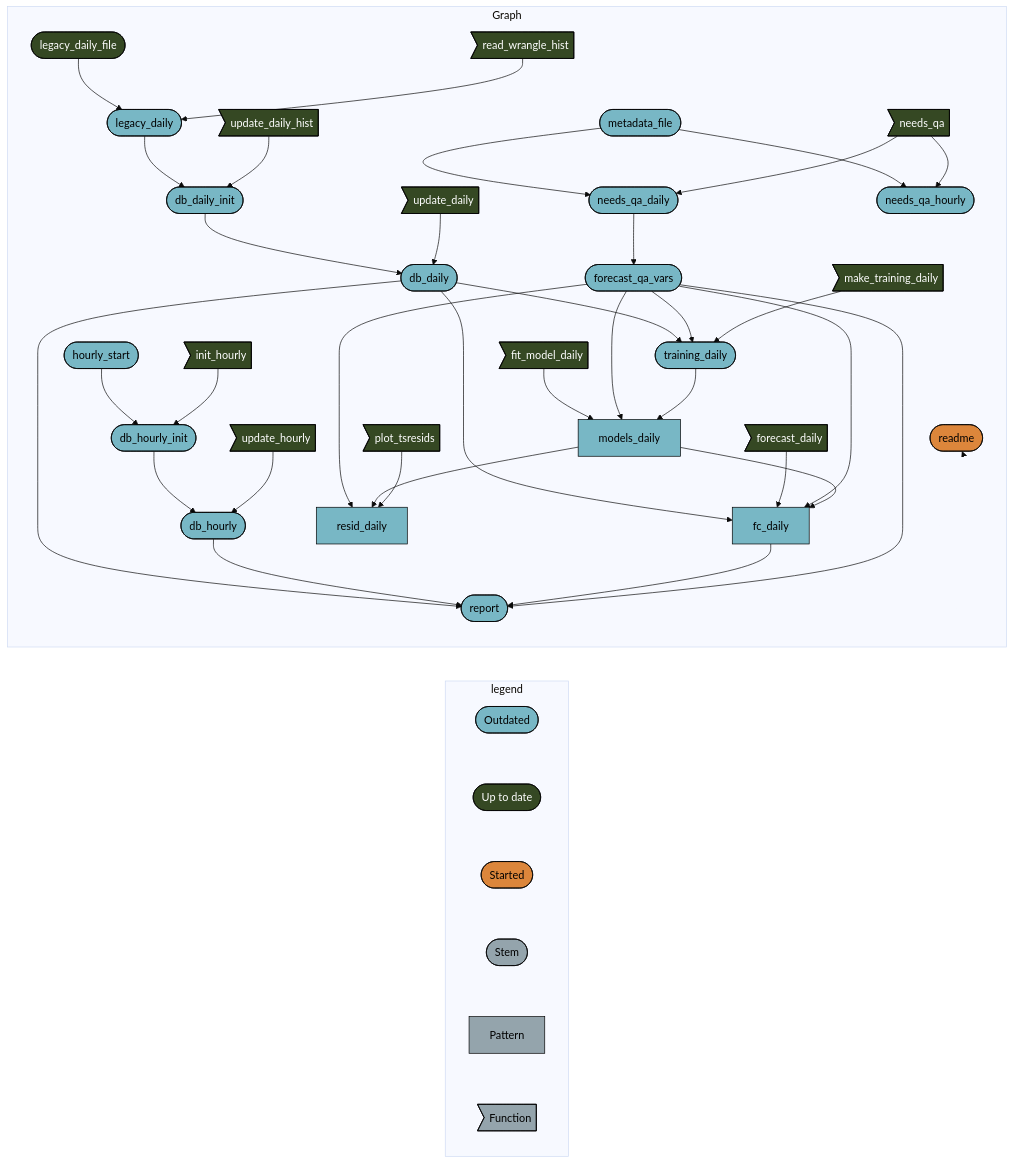
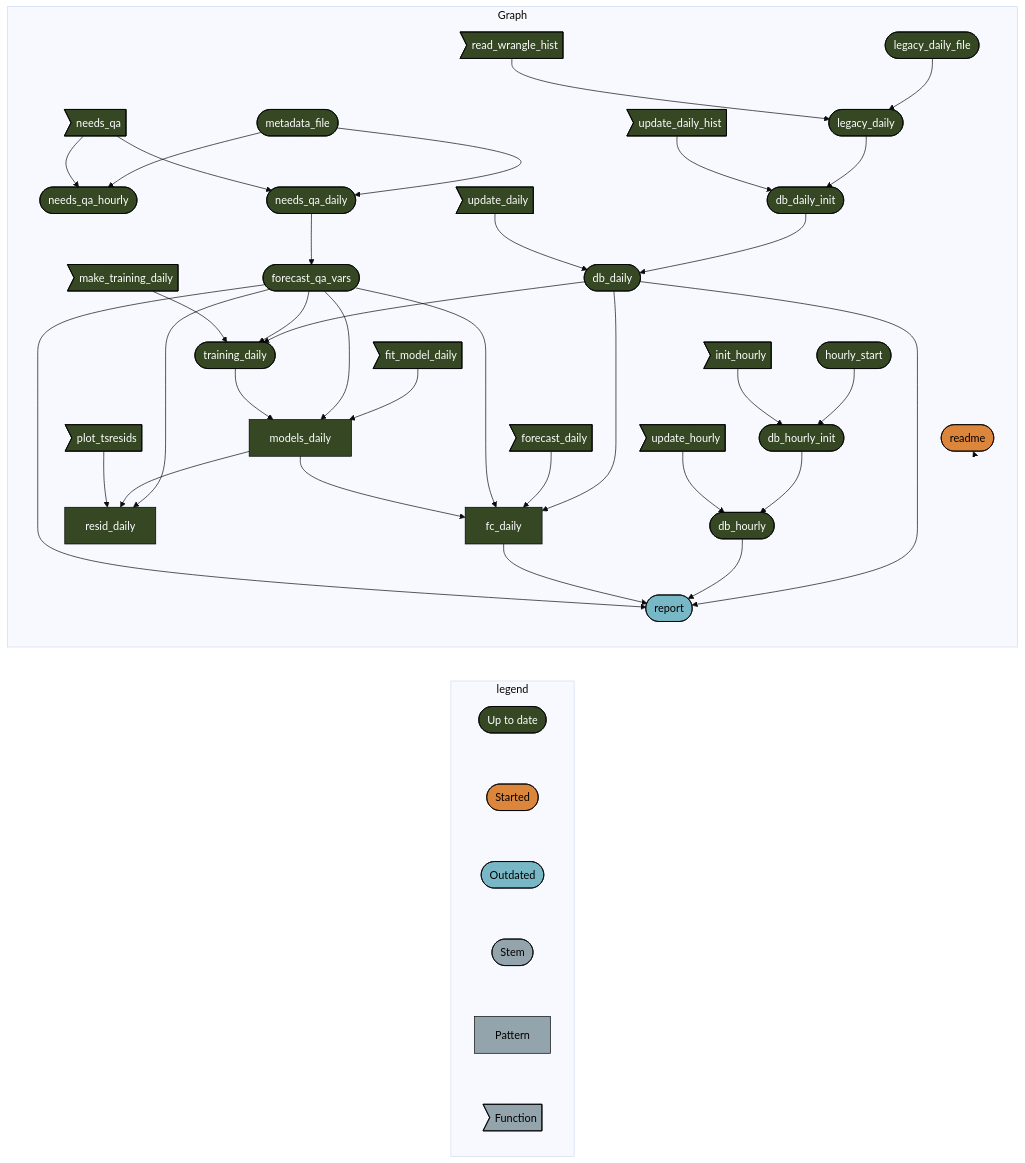
Before and after one commit to uace-azmet/azmet-forecast-qa: the diagram in README.md, drawn with Mermaid (base theme). The commit also changed other lines of this file and 9 other files, not shown here.

````diff
--- a/README.md
+++ b/README.md
@@ -31,55 +31,55 @@
 ``` mermaid
 graph LR
   subgraph legend
-    x0a52b03877696646([""Outdated""]):::outdated --- x7420bd9270f8d27d([""Up to date""]):::uptodate
     x7420bd9270f8d27d([""Up to date""]):::uptodate --- x5b3426b4c7fa7dbc([""Started""]):::started
-    x5b3426b4c7fa7dbc([""Started""]):::started --- xbf4603d6c2c2ad6b([""Stem""]):::none
+    x5b3426b4c7fa7dbc([""Started""]):::started --- x0a52b03877696646([""Outdated""]):::outdated
+    x0a52b03877696646([""Outdated""]):::outdated --- xbf4603d6c2c2ad6b([""Stem""]):::none
     xbf4603d6c2c2ad6b([""Stem""]):::none --- x70a5fa6bea6f298d[""Pattern""]:::none
     x70a5fa6bea6f298d[""Pattern""]:::none --- xf0bce276fe2b9d3e>""Function""]:::none
   end
   subgraph Graph
-    xff9b736edef41c8b(["legacy_daily"]):::outdated --> x1cab041545db0886(["db_daily_init"]):::outdated
-    x8b3096a190996662>"update_daily_hist"]:::uptodate --> x1cab041545db0886(["db_daily_init"]):::outdated
-    x44bd6feeb3fb18b4(["db_daily"]):::outdated --> xe0fba61fbc506510(["report"]):::outdated
-    xf4a7af7aeef4f182(["db_hourly"]):::outdated --> xe0fba61fbc506510(["report"]):::outdated
-    xdd96ec4b0bb5ab6b["fc_daily"]:::outdated --> xe0fba61fbc506510(["report"]):::outdated
-    x601d3b0e7d261371(["forecast_qa_vars"]):::outdated --> xe0fba61fbc506510(["report"]):::outdated
-    x44bd6feeb3fb18b4(["db_daily"]):::outdated --> xdd96ec4b0bb5ab6b["fc_daily"]:::outdated
-    x4bc7352f98499683>"forecast_daily"]:::uptodate --> xdd96ec4b0bb5ab6b["fc_daily"]:::outdated
-    x601d3b0e7d261371(["forecast_qa_vars"]):::outdated --> xdd96ec4b0bb5ab6b["fc_daily"]:::outdated
-    x4d3c4dcfeadc796d["models_daily"]:::outdated --> xdd96ec4b0bb5ab6b["fc_daily"]:::outdated
-    x1f5572089e80d919>"fit_model_daily"]:::uptodate --> x4d3c4dcfeadc796d["models_daily"]:::outdated
-    x601d3b0e7d261371(["forecast_qa_vars"]):::outdated --> x4d3c4dcfeadc796d["models_daily"]:::outdated
-    x2c1f6f5234e92642(["training_daily"]):::outdated --> x4d3c4dcfeadc796d["models_daily"]:::outdated
-    xd1a6dd314cda4831(["hourly_start"]):::outdated --> xba07353683c5dbf8(["db_hourly_init"]):::outdated
-    x7a5743c959c496f9>"init_hourly"]:::uptodate --> xba07353683c5dbf8(["db_hourly_init"]):::outdated
-    x1cab041545db0886(["db_daily_init"]):::outdated --> x44bd6feeb3fb18b4(["db_daily"]):::outdated
-    xed180ed90a78526a>"update_daily"]:::uptodate --> x44bd6feeb3fb18b4(["db_daily"]):::outdated
-    xdfae9ea4e5207cef(["needs_qa_daily"]):::outdated --> x601d3b0e7d261371(["forecast_qa_vars"]):::outdated
-    x1920bdb737e11d2e(["legacy_daily_file"]):::uptodate --> xff9b736edef41c8b(["legacy_daily"]):::outdated
-    x842666df821db265>"read_wrangle_hist"]:::uptodate --> xff9b736edef41c8b(["legacy_daily"]):::outdated
-    x601d3b0e7d261371(["forecast_qa_vars"]):::outdated --> x0bb4ecca77d3d4a0["resid_daily"]:::outdated
-    x4d3c4dcfeadc796d["models_daily"]:::outdated --> x0bb4ecca77d3d4a0["resid_daily"]:::outdated
-    x10e889bcd8b0fd60>"plot_tsresids"]:::uptodate --> x0bb4ecca77d3d4a0["resid_daily"]:::outdated
-    x3d7b2a2ab5636113(["metadata_file"]):::outdated --> xdfae9ea4e5207cef(["needs_qa_daily"]):::outdated
-    x06ab7116eed66f15>"needs_qa"]:::uptodate --> xdfae9ea4e5207cef(["needs_qa_daily"]):::outdated
-    xba07353683c5dbf8(["db_hourly_init"]):::outdated --> xf4a7af7aeef4f182(["db_hourly"]):::outdated
-    x967af66f8b51e317>"update_hourly"]:::uptodate --> xf4a7af7aeef4f182(["db_hourly"]):::outdated
-    x44bd6feeb3fb18b4(["db_daily"]):::outdated --> x2c1f6f5234e92642(["training_daily"]):::outdated
-    x601d3b0e7d261371(["forecast_qa_vars"]):::outdated --> x2c1f6f5234e92642(["training_daily"]):::outdated
-    xe87583f9b9d152fa>"make_training_daily"]:::uptodate --> x2c1f6f5234e92642(["training_daily"]):::outdated
-    x3d7b2a2ab5636113(["metadata_file"]):::outdated --> xac2ac35653724b54(["needs_qa_hourly"]):::outdated
-    x06ab7116eed66f15>"needs_qa"]:::uptodate --> xac2ac35653724b54(["needs_qa_hourly"]):::outdated
+    x3d7b2a2ab5636113(["metadata_file"]):::uptodate --> xac2ac35653724b54(["needs_qa_hourly"]):::uptodate
+    x06ab7116eed66f15>"needs_qa"]:::uptodate --> xac2ac35653724b54(["needs_qa_hourly"]):::uptodate
+    xba07353683c5dbf8(["db_hourly_init"]):::uptodate --> xf4a7af7aeef4f182(["db_hourly"]):::uptodate
+    x967af66f8b51e317>"update_hourly"]:::uptodate --> xf4a7af7aeef4f182(["db_hourly"]):::uptodate
+    xff9b736edef41c8b(["legacy_daily"]):::uptodate --> x1cab041545db0886(["db_daily_init"]):::uptodate
+    x8b3096a190996662>"update_daily_hist"]:::uptodate --> x1cab041545db0886(["db_daily_init"]):::uptodate
+    xd1a6dd314cda4831(["hourly_start"]):::uptodate --> xba07353683c5dbf8(["db_hourly_init"]):::uptodate
+    x7a5743c959c496f9>"init_hourly"]:::uptodate --> xba07353683c5dbf8(["db_hourly_init"]):::uptodate
+    x1cab041545db0886(["db_daily_init"]):::uptodate --> x44bd6feeb3fb18b4(["db_daily"]):::uptodate
+    xed180ed90a78526a>"update_daily"]:::uptodate --> x44bd6feeb3fb18b4(["db_daily"]):::uptodate
+    x44bd6feeb3fb18b4(["db_daily"]):::uptodate --> x2c1f6f5234e92642(["training_daily"]):::uptodate
+    x601d3b0e7d261371(["forecast_qa_vars"]):::uptodate --> x2c1f6f5234e92642(["training_daily"]):::uptodate
+    xe87583f9b9d152fa>"make_training_daily"]:::uptodate --> x2c1f6f5234e92642(["training_daily"]):::uptodate
+    x601d3b0e7d261371(["forecast_qa_vars"]):::uptodate --> x0bb4ecca77d3d4a0["resid_daily"]:::uptodate
+    x4d3c4dcfeadc796d["models_daily"]:::uptodate --> x0bb4ecca77d3d4a0["resid_daily"]:::uptodate
+    x10e889bcd8b0fd60>"plot_tsresids"]:::uptodate --> x0bb4ecca77d3d4a0["resid_daily"]:::uptodate
+    x1920bdb737e11d2e(["legacy_daily_file"]):::uptodate --> xff9b736edef41c8b(["legacy_daily"]):::uptodate
+    x842666df821db265>"read_wrangle_hist"]:::uptodate --> xff9b736edef41c8b(["legacy_daily"]):::uptodate
+    x1f5572089e80d919>"fit_model_daily"]:::uptodate --> x4d3c4dcfeadc796d["models_daily"]:::uptodate
+    x601d3b0e7d261371(["forecast_qa_vars"]):::uptodate --> x4d3c4dcfeadc796d["models_daily"]:::uptodate
+    x2c1f6f5234e92642(["training_daily"]):::uptodate --> x4d3c4dcfeadc796d["models_daily"]:::uptodate
+    x44bd6feeb3fb18b4(["db_daily"]):::uptodate --> xdd96ec4b0bb5ab6b["fc_daily"]:::uptodate
+    x4bc7352f98499683>"forecast_daily"]:::uptodate --> xdd96ec4b0bb5ab6b["fc_daily"]:::uptodate
+    x601d3b0e7d261371(["forecast_qa_vars"]):::uptodate --> xdd96ec4b0bb5ab6b["fc_daily"]:::uptodate
+    x4d3c4dcfeadc796d["models_daily"]:::uptodate --> xdd96ec4b0bb5ab6b["fc_daily"]:::uptodate
+    x3d7b2a2ab5636113(["metadata_file"]):::uptodate --> xdfae9ea4e5207cef(["needs_qa_daily"]):::uptodate
+    x06ab7116eed66f15>"needs_qa"]:::uptodate --> xdfae9ea4e5207cef(["needs_qa_daily"]):::uptodate
+    xdfae9ea4e5207cef(["needs_qa_daily"]):::uptodate --> x601d3b0e7d261371(["forecast_qa_vars"]):::uptodate
+    x44bd6feeb3fb18b4(["db_daily"]):::uptodate --> xe0fba61fbc506510(["report"]):::outdated
+    xf4a7af7aeef4f182(["db_hourly"]):::uptodate --> xe0fba61fbc506510(["report"]):::outdated
+    xdd96ec4b0bb5ab6b["fc_daily"]:::uptodate --> xe0fba61fbc506510(["report"]):::outdated
+    x601d3b0e7d261371(["forecast_qa_vars"]):::uptodate --> xe0fba61fbc506510(["report"]):::outdated
     x6e52cb0f1668cc22(["readme"]):::started --> x6e52cb0f1668cc22(["readme"]):::started
   end
-  classDef outdated stroke:#000000,color:#000000,fill:#78B7C5;
   classDef uptodate stroke:#000000,color:#ffffff,fill:#354823;
   classDef started stroke:#000000,color:#000000,fill:#DC863B;
+  classDef outdated stroke:#000000,color:#000000,fill:#78B7C5;
   classDef none stroke:#000000,color:#000000,fill:#94a4ac;
   linkStyle 0 stroke-width:0px;
   linkStyle 1 stroke-width:0px;
   linkStyle 2 stroke-width:0px;
   linkStyle 3 stroke-width:0px;
   linkStyle 4 stroke-width:0px;
   linkStyle 37 stroke-width:0px;
 ```
````
